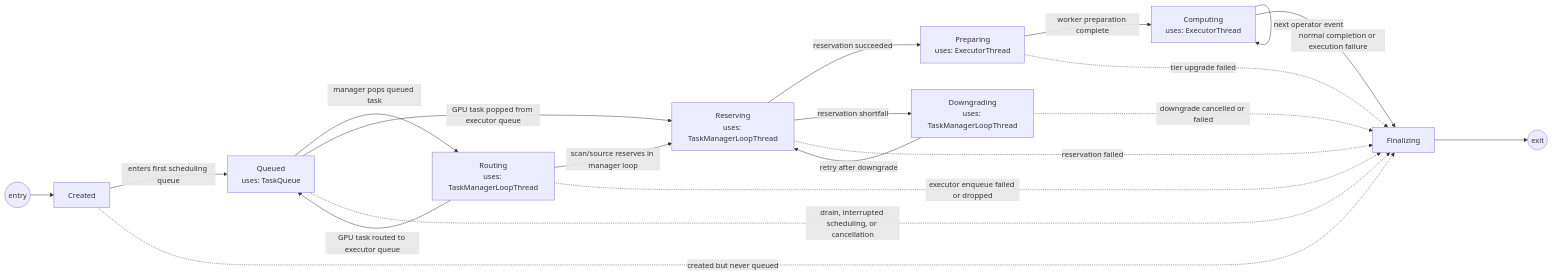
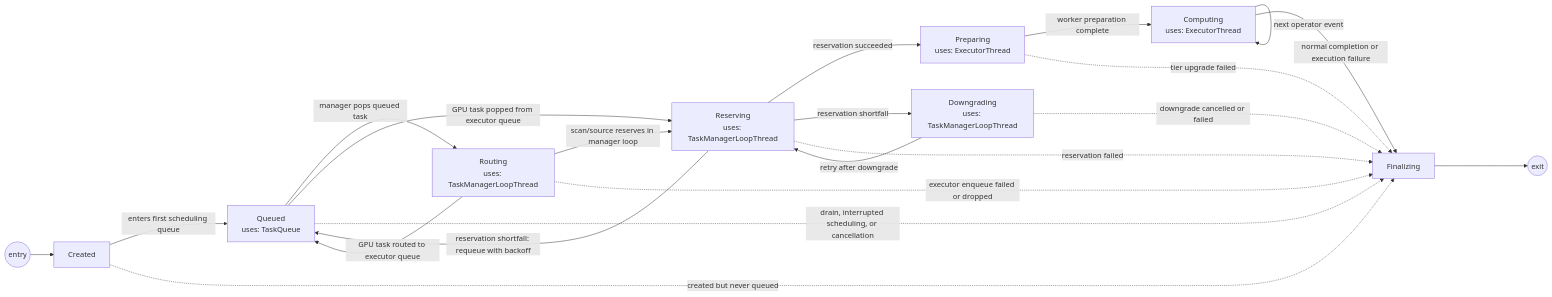
The diagram in rust/crates/telemetry/model/TASK_FSM.md (sirius-db/sirius), drawn with Mermaid before and after one commit. The commit also changed 3 other files, not shown here.

Commit message:
fix(telemetry): allow reservation retries to requeue tasks

````diff
--- a/rust/crates/telemetry/model/TASK_FSM.md
+++ b/rust/crates/telemetry/model/TASK_FSM.md
@@ -3,35 +3,36 @@
 ```mermaid
 flowchart LR
     start((entry))
     created["Created"]
     queued["Queued<br/>uses: TaskQueue"]
     routing["Routing<br/>uses: TaskManagerLoopThread"]
     reserving["Reserving<br/>uses: TaskManagerLoopThread"]
     downgrading["Downgrading<br/>uses: TaskManagerLoopThread"]
     preparing["Preparing<br/>uses: ExecutorThread"]
     computing["Computing<br/>uses: ExecutorThread"]
     finalizing["Finalizing"]
     exit((exit))
 
     start --> created
     created -->|enters first scheduling queue| queued
     queued -->|manager pops queued task| routing
     routing -->|scan/source reserves in manager loop| reserving
     reserving -->|reservation succeeded| preparing
     preparing -->|worker preparation complete| computing
     computing -->|normal completion or execution failure| finalizing
     finalizing --> exit
 
     routing -->|GPU task routed to executor queue| queued
     queued -->|GPU task popped from executor queue| reserving
+    reserving -->|reservation shortfall: requeue with backoff| queued
     reserving -->|reservation shortfall| downgrading
     downgrading -->|retry after downgrade| reserving
     computing -->|next operator event| computing
 
     created -.->|created but never queued| finalizing
     queued -.->|drain, interrupted scheduling, or cancellation| finalizing
     routing -.->|executor enqueue failed or dropped| finalizing
     reserving -.->|reservation failed| finalizing
     downgrading -.->|downgrade cancelled or failed| finalizing
     preparing -.->|tier upgrade failed| finalizing
 ```
````
